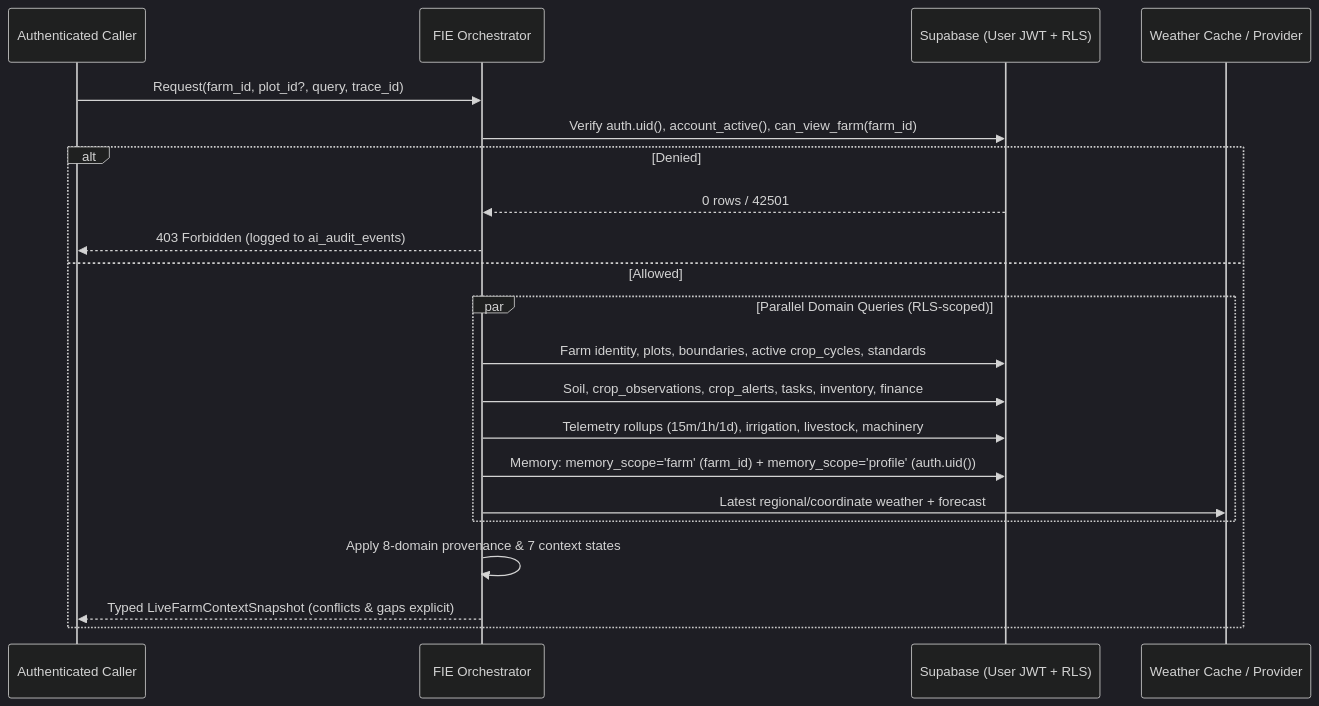
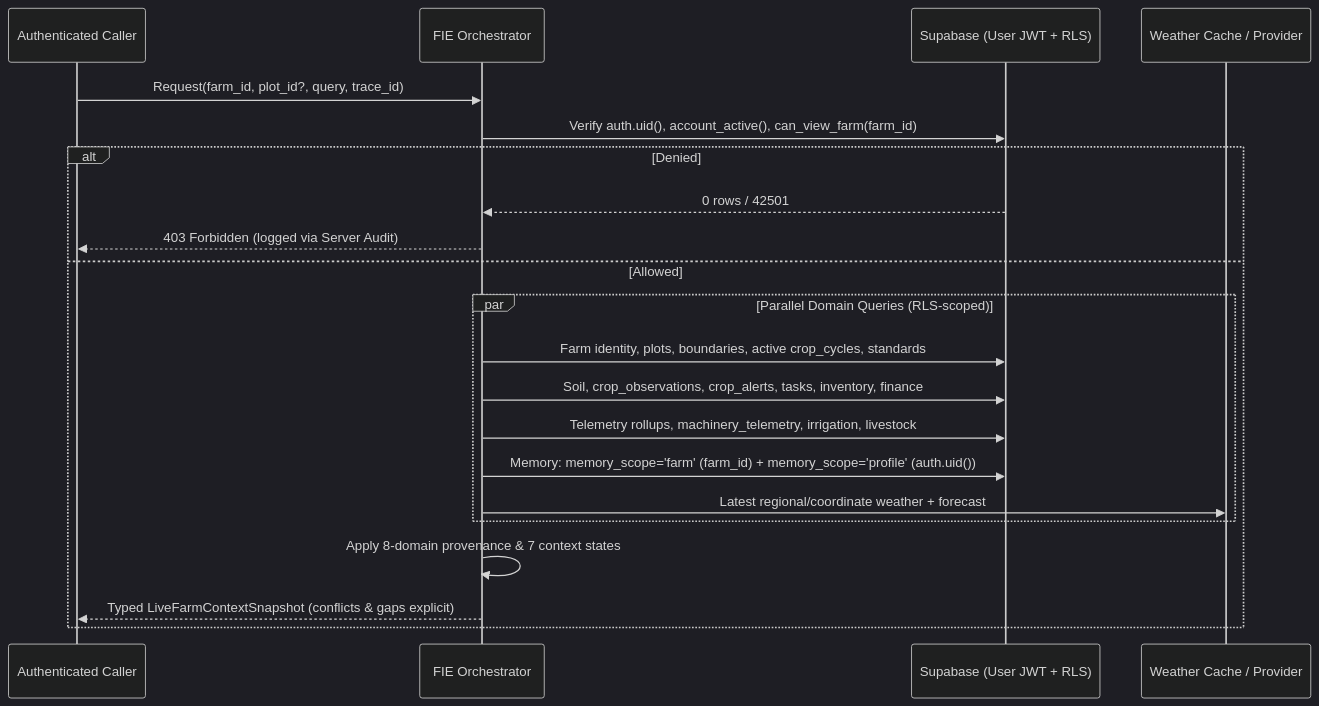
Before and after one commit to farmconnect-ux/cultivanode: the second of 4 diagrams in docs/architecture/batch-03/BATCH_03_0_TARGET_ARCHITECTURE.md, drawn with Mermaid (dark theme). The commit also changed other lines of this file and 9 other files, not shown here.

Commit message:
docs(architecture): close final Batch 03.0 security review findings

````diff
--- a/docs/architecture/batch-03/BATCH_03_0_TARGET_ARCHITECTURE.md
+++ b/docs/architecture/batch-03/BATCH_03_0_TARGET_ARCHITECTURE.md
@@ -62,24 +69,24 @@
 ```mermaid
 sequenceDiagram
   participant Caller as Authenticated Caller
   participant Orch as FIE Orchestrator
   participant DB as Supabase (User JWT + RLS)
   participant Wx as Weather Cache / Provider
 
   Caller->>Orch: Request(farm_id, plot_id?, query, trace_id)
   Orch->>DB: Verify auth.uid(), account_active(), can_view_farm(farm_id)
   alt Denied
     DB-->>Orch: 0 rows / 42501
-    Orch-->>Caller: 403 Forbidden (logged to ai_audit_events)
+    Orch-->>Caller: 403 Forbidden (logged via Server Audit)
   else Allowed
     par Parallel Domain Queries (RLS-scoped)
       Orch->>DB: Farm identity, plots, boundaries, active crop_cycles, standards
       Orch->>DB: Soil, crop_observations, crop_alerts, tasks, inventory, finance
-      Orch->>DB: Telemetry rollups (15m/1h/1d), irrigation, livestock, machinery
+      Orch->>DB: Telemetry rollups, machinery_telemetry, irrigation, livestock
       Orch->>DB: Memory: memory_scope='farm' (farm_id) + memory_scope='profile' (auth.uid())
       Orch->>Wx: Latest regional/coordinate weather + forecast
     end
     Orch->>Orch: Apply 8-domain provenance & 7 context states
     Orch-->>Caller: Typed LiveFarmContextSnapshot (conflicts & gaps explicit)
   end
 ```
````
